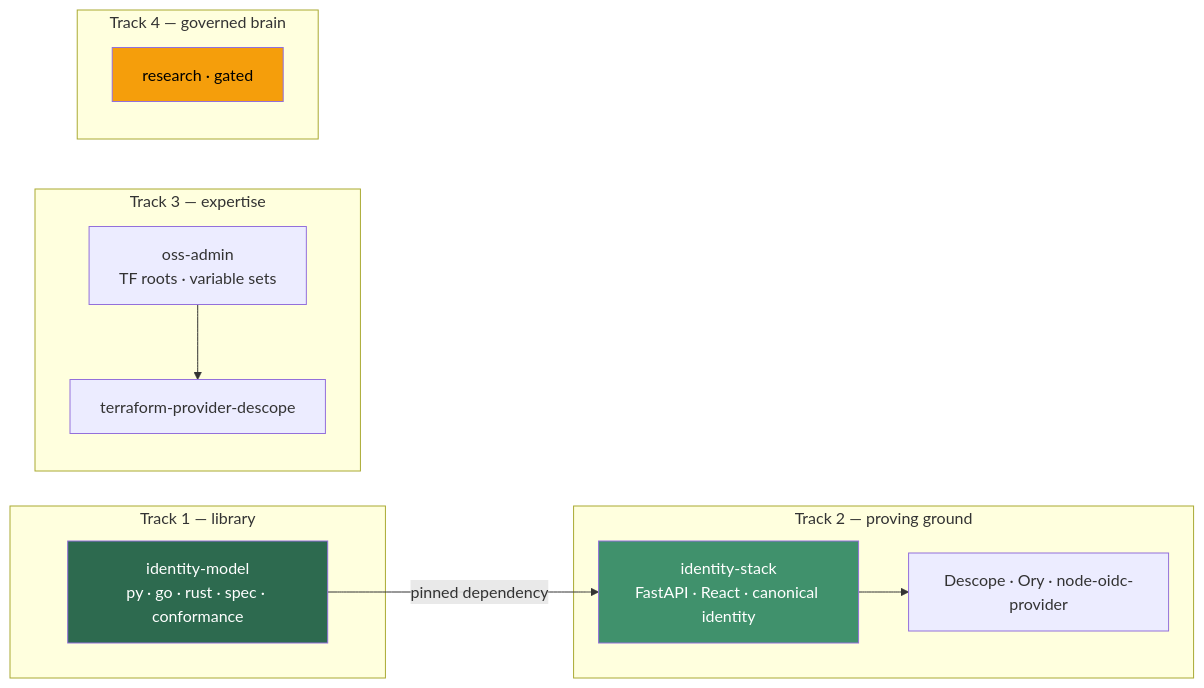
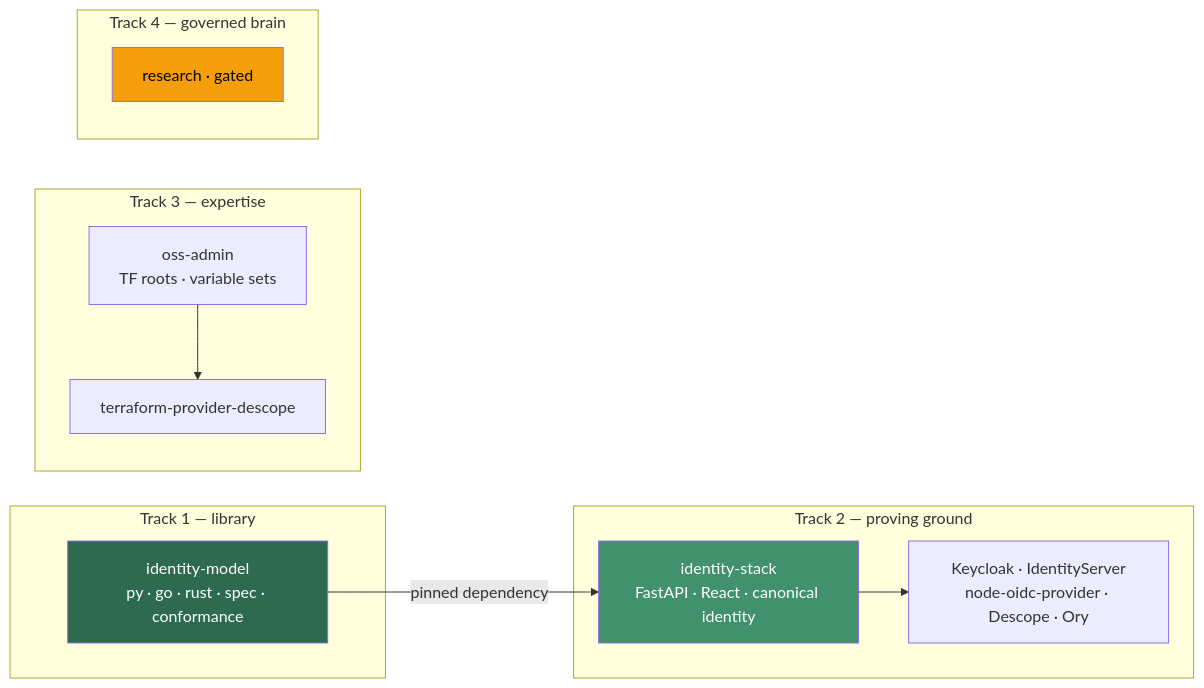
Before and after one commit to jamescrowley321/identity-stack-planning: the diagram in README.md, drawn with Mermaid. The commit also changed other lines of this file and 59 other files, not shown here.

````diff
--- a/README.md
+++ b/README.md
@@ -25,24 +32,24 @@
 ```mermaid
 graph LR
     subgraph t1["Track 1 — library"]
         IM["identity-model<br/>py · go · rust · spec · conformance"]
     end
     subgraph t2["Track 2 — proving ground"]
         IS["identity-stack<br/>FastAPI · React · canonical identity"]
-        PROV["Descope · Ory · node-oidc-provider"]
+        PROV["Keycloak · IdentityServer<br/>node-oidc-provider · Descope · Ory"]
     end
     subgraph t3["Track 3 — expertise"]
         TFP["terraform-provider-descope"]
         OSS["oss-admin<br/>TF roots · variable sets"]
     end
     subgraph t4["Track 4 — governed brain"]
         GB["research · gated"]
     end
     IM -->|"pinned dependency"| IS
     IS --> PROV
     OSS --> TFP
 
     style IM fill:#2d6a4f,color:#fff
     style IS fill:#40916c,color:#fff
     style GB fill:#f59e0b,color:#000
 ```
````
